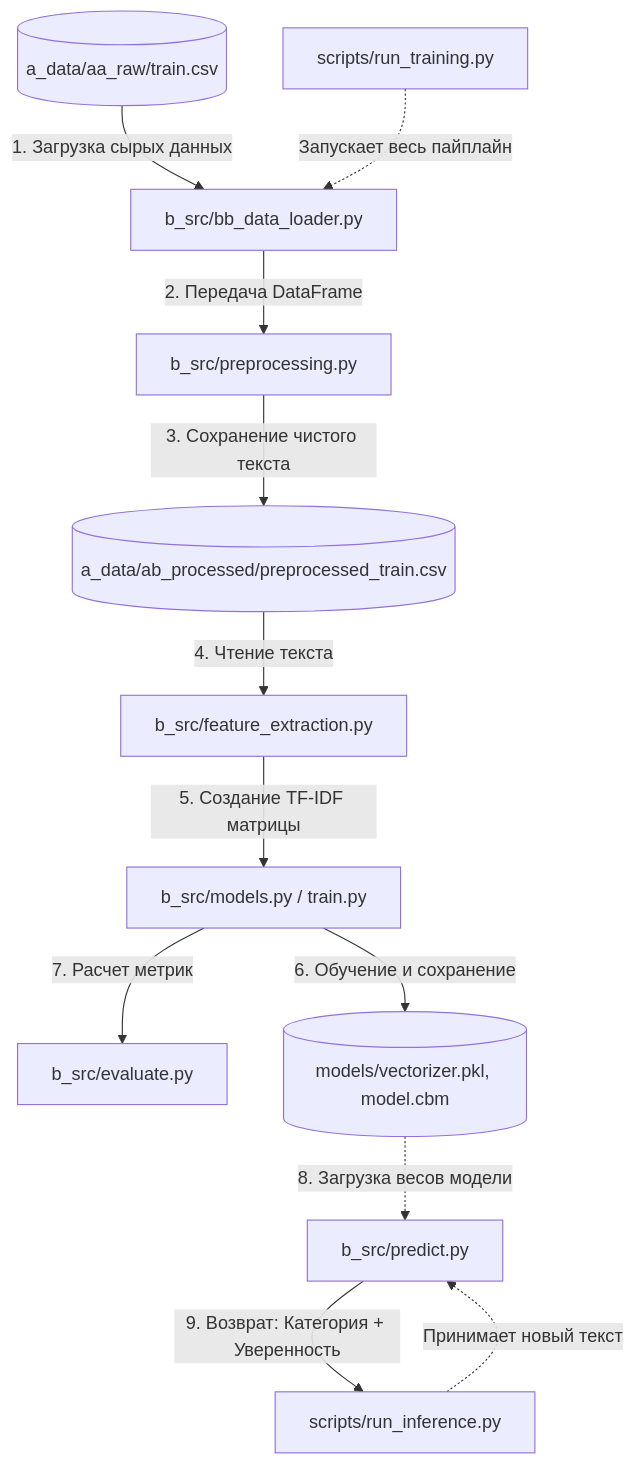
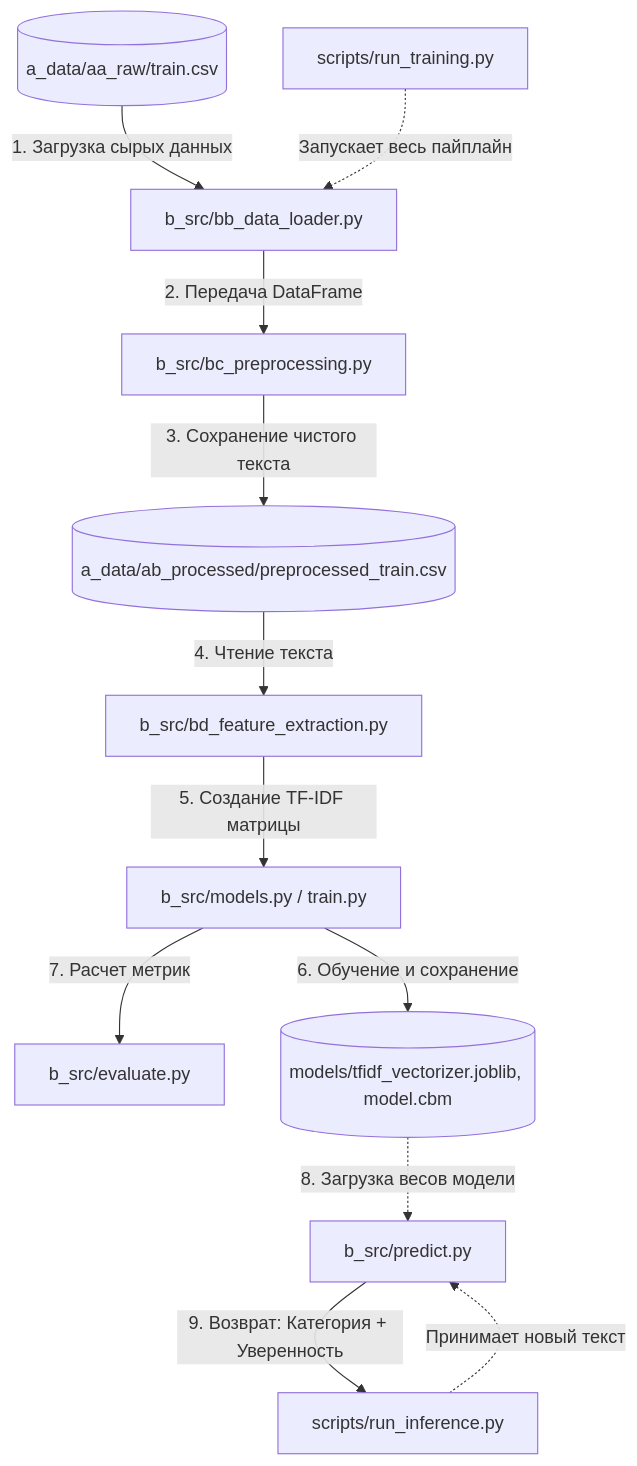
The diagram in README.md (VVN8819/nlp_tfidf_logreg_catboost), drawn with Mermaid before and after one commit. The commit also changed other lines of this file and 3 other files, not shown here.

````diff
--- a/README.md
+++ b/README.md
@@ -103,34 +103,34 @@
 ```mermaid
 graph TD
     %% Узлы: Данные
     RawData[("a_data/aa_raw/train.csv")]
     ProcessedData[("a_data/ab_processed/preprocessed_train.csv")]
 
     %% Узлы: Исходный код (src)
     DataLoader["b_src/bb_data_loader.py"]
-    Preprocessing["b_src/preprocessing.py"]
-    FeatureExtraction["b_src/feature_extraction.py"]
+    Preprocessing["b_src/bc_preprocessing.py"]
+    FeatureExtraction["b_src/bd_feature_extraction.py"]
     ModelsTrain["b_src/models.py / train.py"]
     Evaluate["b_src/evaluate.py"]
     Predict["b_src/predict.py"]
 
     %% Узлы: Артефакты и Скрипты
-    SavedModels[("models/vectorizer.pkl, model.cbm")]
+    SavedModels[("models/tfidf_vectorizer.joblib, model.cbm")]
     RunTrain["scripts/run_training.py"]
     RunInference["scripts/run_inference.py"]
 
     %% Поток данных обучения
     RawData -->|1. Загрузка сырых данных| DataLoader
     DataLoader -->|2. Передача DataFrame| Preprocessing
     Preprocessing -->|3. Сохранение чистого текста| ProcessedData
     ProcessedData -->|4. Чтение текста| FeatureExtraction
     FeatureExtraction -->|5. Создание TF-IDF матрицы| ModelsTrain
     ModelsTrain -->|6. Обучение и сохранение| SavedModels
     ModelsTrain -->|7. Расчет метрик| Evaluate
 
     %% Поток инференса
     RunTrain -.->|Запускает весь пайплайн| DataLoader
     RunInference -.->|Принимает новый текст| Predict
     SavedModels -.->|8. Загрузка весов модели| Predict
     Predict -->|9. Возврат: Категория + Уверенность| RunInference
 ```
````
